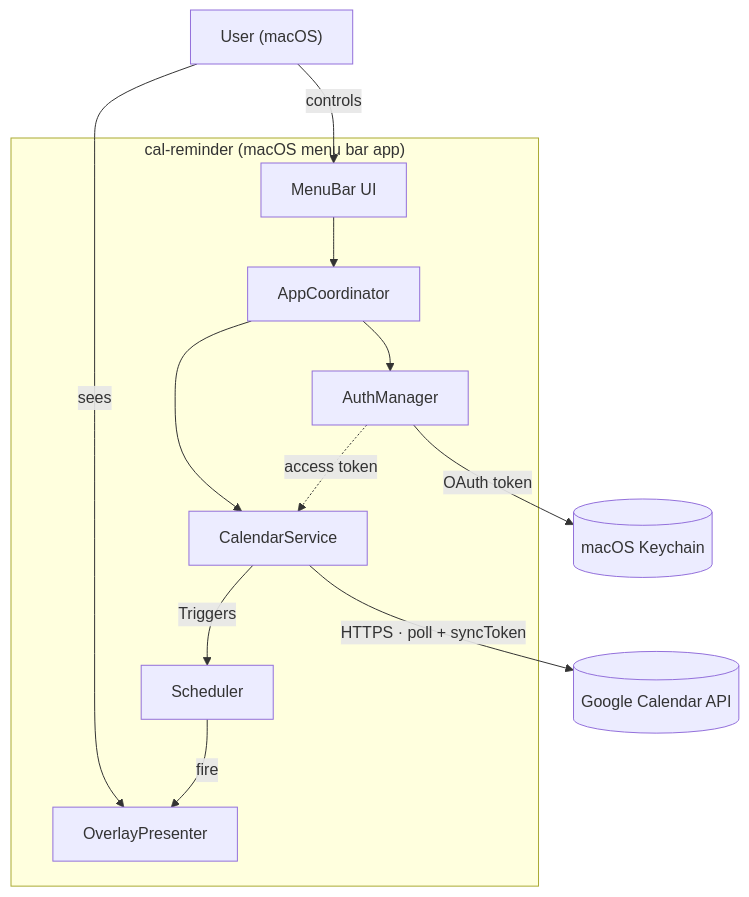
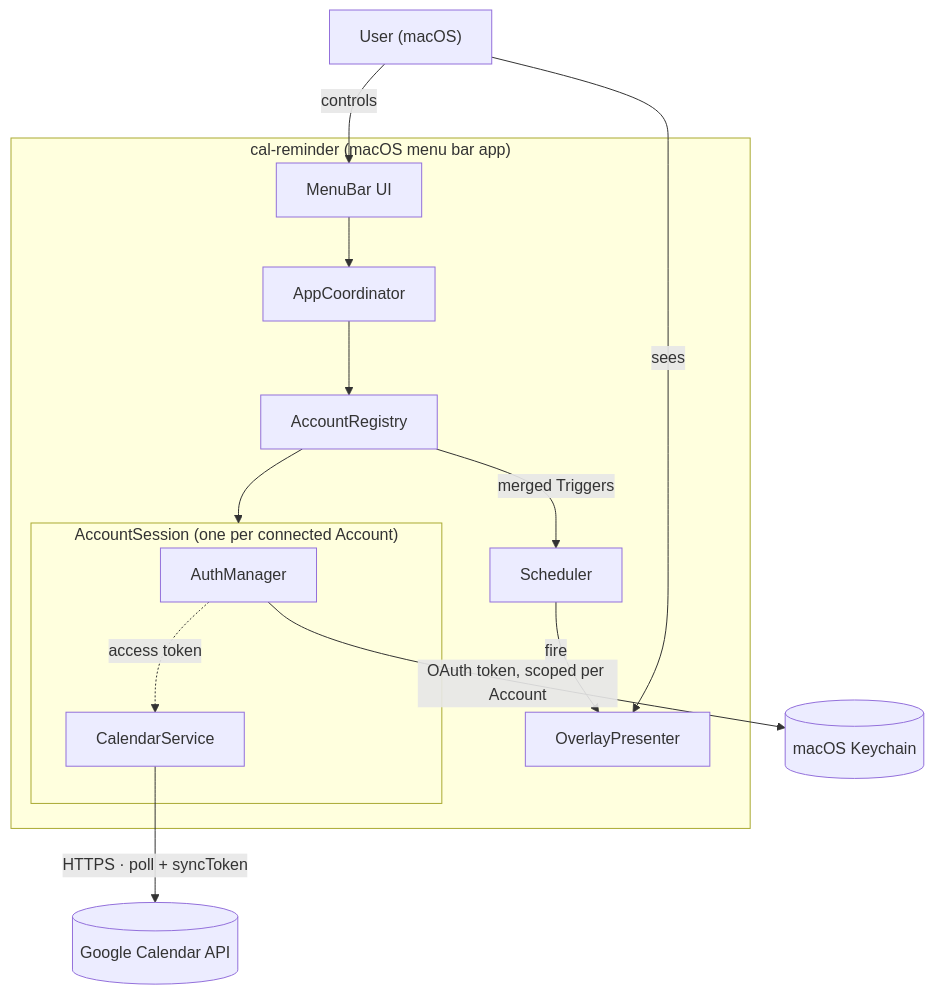
One commit to silvioubaldino/cal-reminder changed the diagram in docs/architecture.md. Above: the diagram before and after it, drawn with Mermaid. The commit also changed other lines of this file and 31 other files, not shown here.

````diff
--- a/docs/architecture.md
+++ b/docs/architecture.md
@@ -20,27 +20,30 @@
 ```mermaid
 flowchart TB
     user["User (macOS)"]
 
     subgraph app["cal-reminder (macOS menu bar app)"]
         ui["MenuBar UI"]
         coord["AppCoordinator"]
-        auth["AuthManager"]
-        cal["CalendarService"]
+        reg["AccountRegistry"]
+        subgraph session["AccountSession (one per connected Account)"]
+            auth["AuthManager"]
+            cal["CalendarService"]
+        end
         sched["Scheduler"]
         overlay["OverlayPresenter"]
     end
 
     gcal[("Google Calendar API")]
     keychain[("macOS Keychain")]
 
     user -->|controls| ui
     user -->|sees| overlay
     ui --> coord
-    coord --> auth
-    coord --> cal
-    auth -->|OAuth token| keychain
+    coord --> reg
+    reg --> session
+    auth -->|OAuth token, scoped per Account| keychain
     cal -->|HTTPS · poll + syncToken| gcal
-    cal -->|Triggers| sched
+    reg -->|merged Triggers| sched
     sched -->|fire| overlay
     auth -.->|access token| cal
 ```
````
